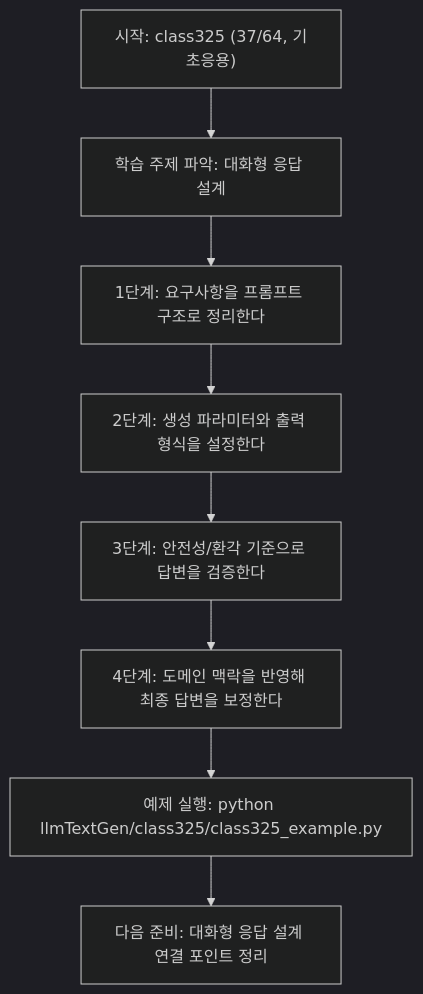
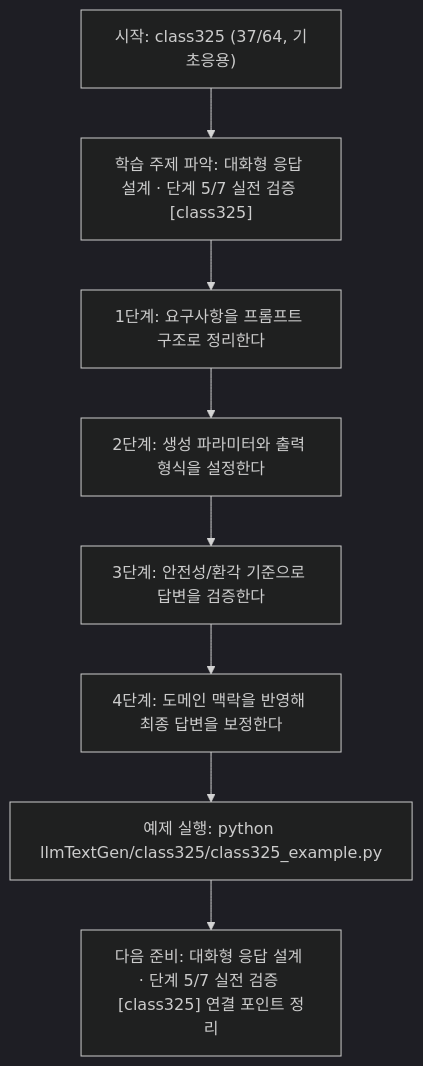
Before and after one commit to edumgt/Python-AI_Agent-Class: the diagram in llmTextGen/class325/class325.md, drawn with Mermaid (dark theme). The commit also changed other lines of this file and 522 other files, not shown here.

````diff
--- a/llmTextGen/class325/class325.md
+++ b/llmTextGen/class325/class325.md
@@ -113,18 +114,18 @@
 ```mermaid
 flowchart TD
 N1["시작: class325 (37/64, 기초응용)"]
-N2["학습 주제 파악: 대화형 응답 설계"]
+N2["학습 주제 파악: 대화형 응답 설계 · 단계 5/7 실전 검증 [class325]"]
 N3["1단계: 요구사항을 프롬프트 구조로 정리한다"]
 N4["2단계: 생성 파라미터와 출력 형식을 설정한다"]
 N5["3단계: 안전성/환각 기준으로 답변을 검증한다"]
 N6["4단계: 도메인 맥락을 반영해 최종 답변을 보정한다"]
 N7["예제 실행: python llmTextGen/class325/class325_example.py"]
-N8["다음 준비: 대화형 응답 설계 연결 포인트 정리"]
+N8["다음 준비: 대화형 응답 설계 · 단계 5/7 실전 검증 [class325] 연결 포인트 정리"]
 N1 --> N2
 N2 --> N3
 N3 --> N4
 N4 --> N5
 N5 --> N6
 N6 --> N7
 N7 --> N8
 ```
````
